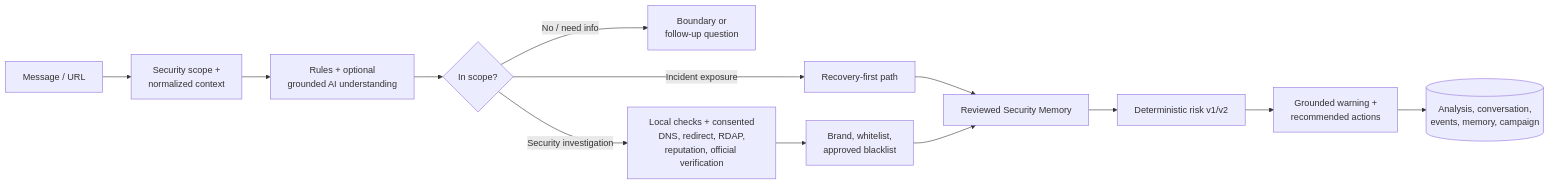
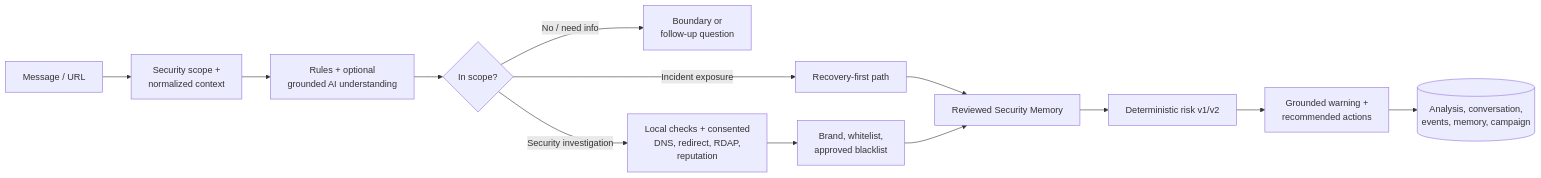
The diagram in README.md (Binhdn04/TrustGuard-AI), drawn with Mermaid before and after one commit. The commit also changed other lines of this file and 77 other files, not shown here.

````diff
--- a/README.md
+++ b/README.md
@@ -9,15 +9,15 @@
 ```mermaid
 flowchart LR
     Input[Message / URL] --> Scope[Security scope +<br/>normalized context]
     Scope --> Understanding[Rules + optional<br/>grounded AI understanding]
     Understanding --> Decision{In scope?}
     Decision -->|No / need info| Boundary[Boundary or<br/>follow-up question]
     Decision -->|Incident exposure| Recovery[Recovery-first path]
-    Decision -->|Security investigation| Tools[Local checks + consented<br/>DNS, redirect, RDAP,<br/>reputation, official verification]
+    Decision -->|Security investigation| Tools[Local checks + consented<br/>DNS, redirect, RDAP,<br/>reputation]
     Tools --> Trust[Brand, whitelist,<br/>approved blacklist]
     Recovery --> MemoryLookup[Reviewed Security Memory]
     Trust --> MemoryLookup
     MemoryLookup --> Risk[Deterministic risk v1/v2]
     Risk --> Response[Grounded warning +<br/>recommended actions]
     Response --> Store[(Analysis, conversation,<br/>events, memory, campaign)]
 ```
````
